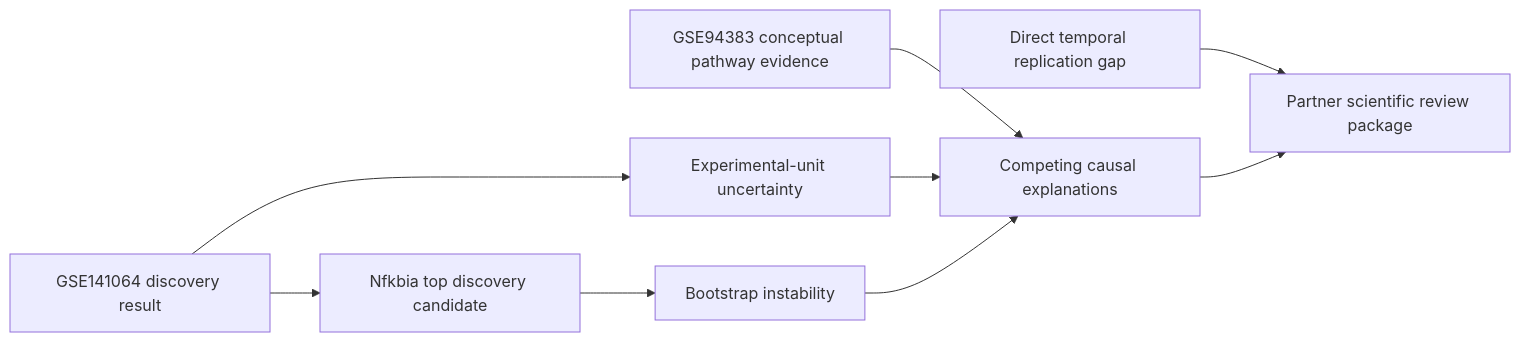
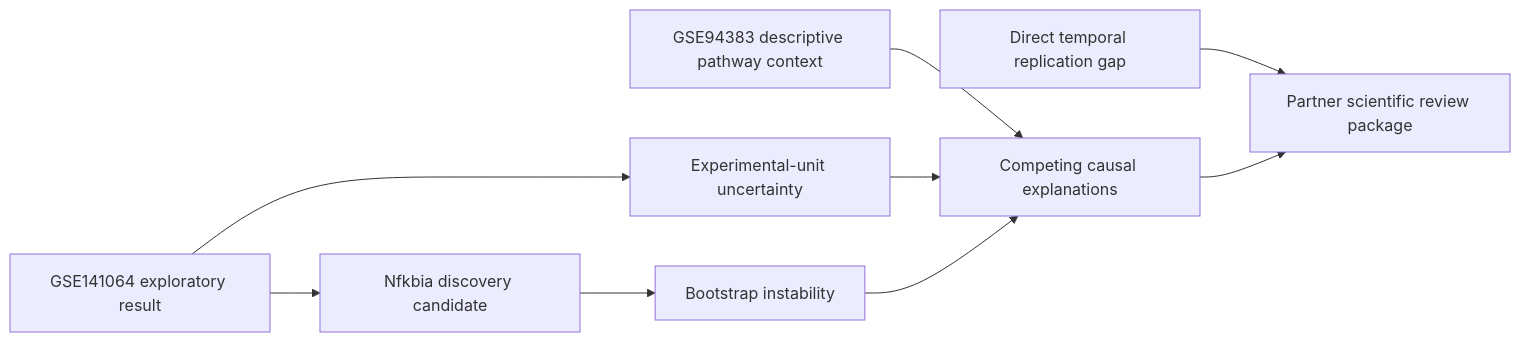
One commit to safal207/Kairos-Gate-for-X-Cell changed the second of 2 diagrams in docs/architecture.md. Above: the diagram before and after it, drawn with Mermaid. The commit also changed other lines of this file, not shown here.

Commit message:
docs: align architecture with schema authority and GSE94383 hold

````diff
--- a/docs/architecture.md
+++ b/docs/architecture.md
@@ -58,20 +72,20 @@
 ```mermaid
 flowchart LR
-    A[GSE141064 discovery result]
+    A[GSE141064 exploratory result]
     B[Experimental-unit uncertainty]
-    C[Nfkbia top discovery candidate]
+    C[Nfkbia discovery candidate]
     D[Bootstrap instability]
-    E[GSE94383 conceptual pathway evidence]
+    E[GSE94383 descriptive pathway context]
     F[Direct temporal replication gap]
     G[Competing causal explanations]
     H[Partner scientific review package]
 
     A --> B
     A --> C
     C --> D
     E --> G
     B --> G
     D --> G
     F --> H
     G --> H
 ```
````
